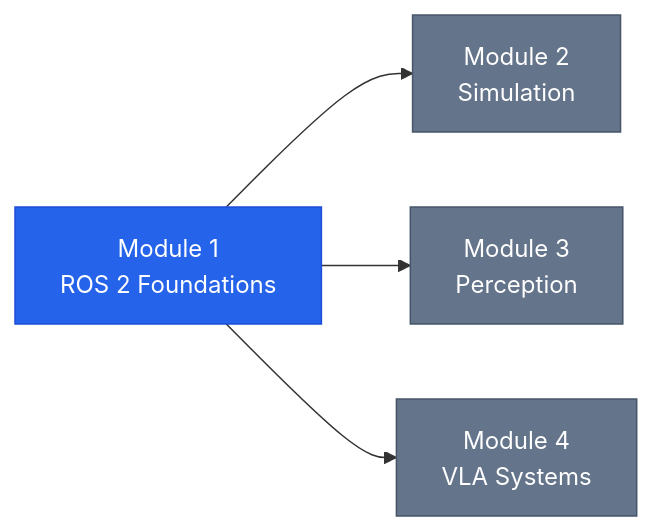
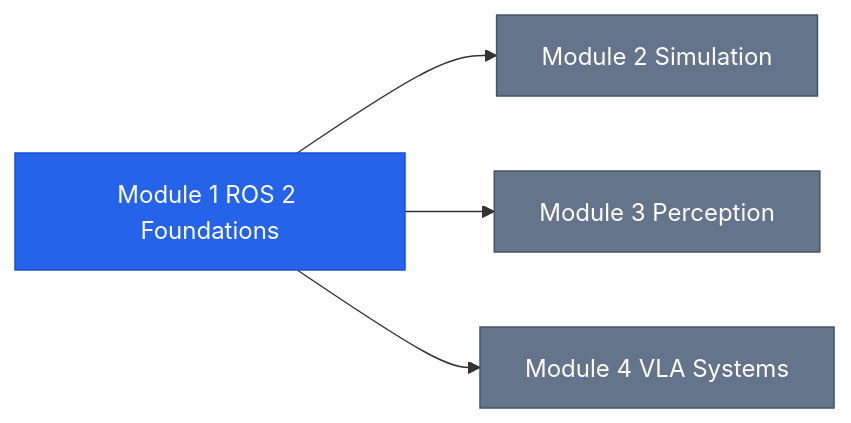
One commit to shakir-hussain1/physical-AI-and-humanoid-robotics-textbook-by-shakir-hussain changed the second of 2 diagrams in docs/modules/module-1-ros2/index.md. Above: the diagram before and after it, drawn with Mermaid. The commit also changed 17 other files, not shown here.

Commit message:
fix: Remove br tags from Mermaid diagrams causing parse errors

````diff
--- a/docs/modules/module-1-ros2/index.md
+++ b/docs/modules/module-1-ros2/index.md
@@ -177,11 +177,11 @@
 ```mermaid
 flowchart LR
-    M1["Module 1<br/>ROS 2 Foundations"] --> M2["Module 2<br/>Simulation"]
-    M1 --> M3["Module 3<br/>Perception"]
-    M1 --> M4["Module 4<br/>VLA Systems"]
+    M1["Module 1 ROS 2 Foundations"] --> M2["Module 2 Simulation"]
+    M1 --> M3["Module 3 Perception"]
+    M1 --> M4["Module 4 VLA Systems"]
 
     style M1 fill:#2563eb,stroke:#1d4ed8,color:#fff
     style M2 fill:#64748b,stroke:#475569,color:#fff
     style M3 fill:#64748b,stroke:#475569,color:#fff
     style M4 fill:#64748b,stroke:#475569,color:#fff
 ```
````
